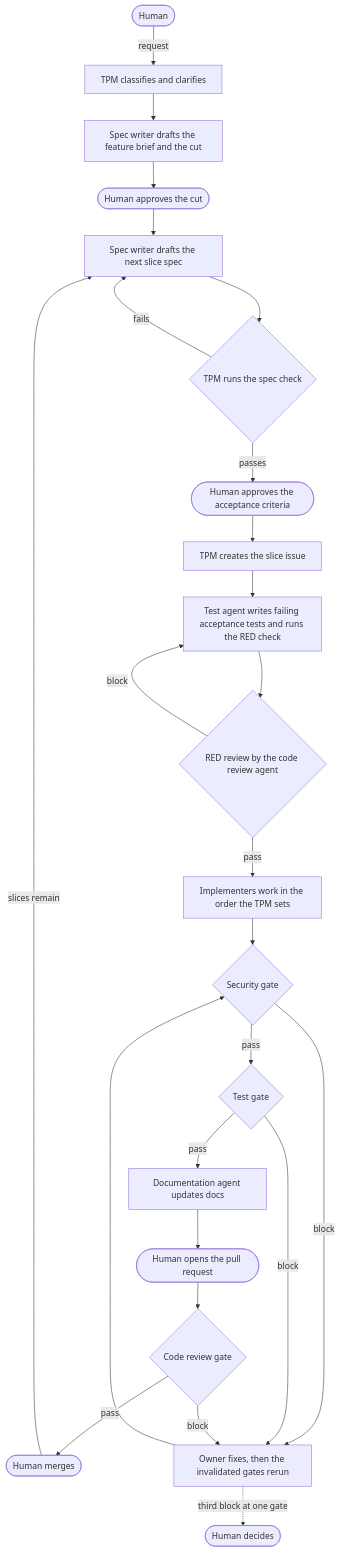
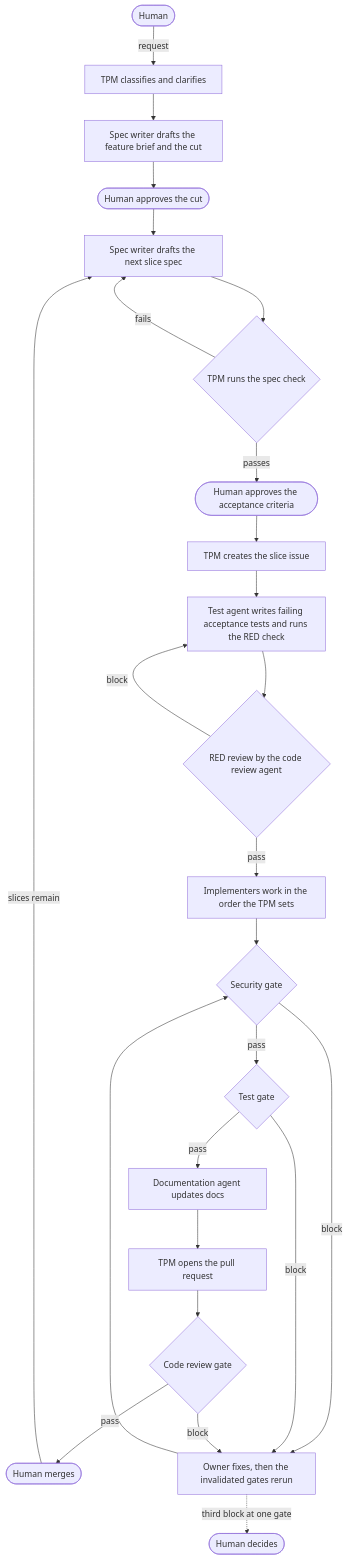
The diagram in chrysalis/workflow/pipeline.md (jabarihunt/chrysalis), drawn with Mermaid before and after one commit. The commit also changed other lines of this file and 13 other files, not shown here.

First line of the commit message:
Let the TPM and the factory-maintainer open pull requests

````diff
--- a/chrysalis/workflow/pipeline.md
+++ b/chrysalis/workflow/pipeline.md
@@ -66,27 +66,27 @@
 ```mermaid
 flowchart TD
   H([Human]) -->|request| IN[TPM classifies and clarifies]
   IN --> CUT[Spec writer drafts the feature brief and the cut]
   CUT --> CA([Human approves the cut])
   CA --> SPEC[Spec writer drafts the next slice spec]
   SPEC --> SC{TPM runs the spec check}
   SC -->|fails| SPEC
   SC -->|passes| AC([Human approves the acceptance criteria])
   AC --> ISSUE[TPM creates the slice issue]
   ISSUE --> RED[Test agent writes failing acceptance tests and runs the RED check]
   RED --> RR{RED review by the code review agent}
   RR -->|block| RED
   RR -->|pass| IMPL[Implementers work in the order the TPM sets]
   IMPL --> SEC{Security gate}
   SEC -->|pass| TEST{Test gate}
   TEST -->|pass| DOC[Documentation agent updates docs]
-  DOC --> PR([Human opens the pull request])
+  DOC --> PR[TPM opens the pull request]
   PR --> CR{Code review gate}
   CR -->|pass| MERGE([Human merges])
   MERGE -->|slices remain| SPEC
   SEC -->|block| FIX[Owner fixes, then the invalidated gates rerun]
   TEST -->|block| FIX
   CR -->|block| FIX
   FIX --> SEC
   FIX -.->|third block at one gate| ESC([Human decides])
 ```
````
